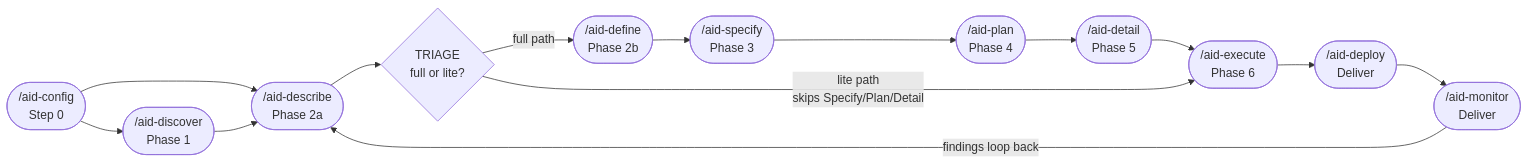
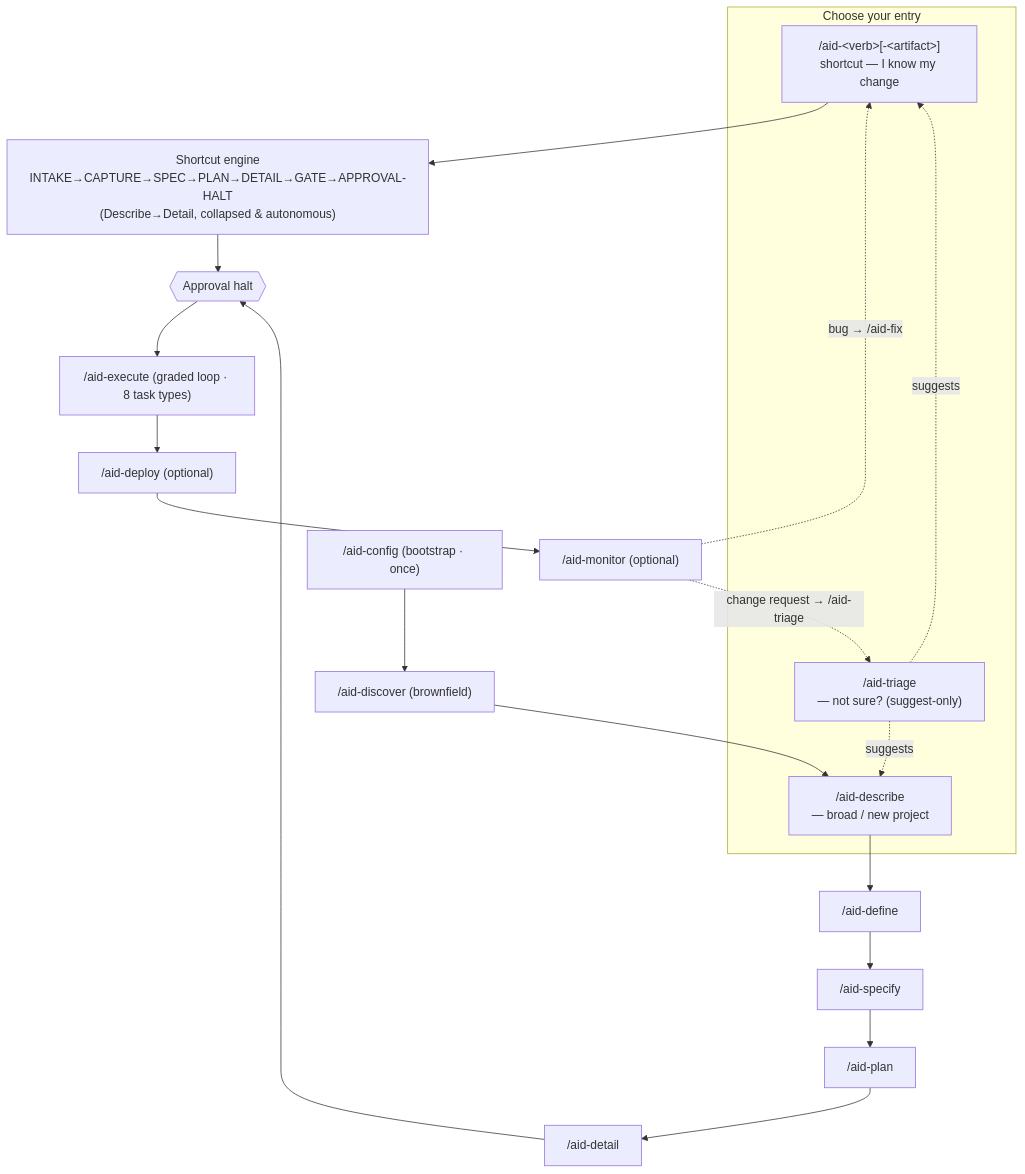
The diagram in site/src/content/docs/guides/pipeline.mdx (AndreVianna/aid-methodology), drawn with Mermaid before and after one commit. The commit also changed other lines of this file and 37 other files, not shown here.

````diff
--- a/site/src/content/docs/guides/pipeline.mdx
+++ b/site/src/content/docs/guides/pipeline.mdx
@@ -24,27 +24,24 @@
 ```mermaid
-flowchart LR
-    C(["/aid-config<br/>Step 0"])
-    D(["/aid-discover<br/>Phase 1"])
-    I(["/aid-describe<br/>Phase 2a"])
-    Def(["/aid-define<br/>Phase 2b"])
-    T{"TRIAGE<br/>full or lite?"}
-    S(["/aid-specify<br/>Phase 3"])
-    P(["/aid-plan<br/>Phase 4"])
-    DT(["/aid-detail<br/>Phase 5"])
-    E(["/aid-execute<br/>Phase 6"])
-    DP(["/aid-deploy<br/>Deliver"])
-    M(["/aid-monitor<br/>Deliver"])
+flowchart TD
+    subgraph Entry["Choose your entry"]
+        SC["/aid-&lt;verb&gt;[-&lt;artifact&gt;]<br/>shortcut — I know my change"]
+        TR["/aid-triage<br/>— not sure? (suggest-only)"]
+        DS["/aid-describe<br/>— broad / new project"]
+    end
+    TR -. suggests .-> SC
+    TR -. suggests .-> DS
 
-    C --> D
-    C --> I
-    D --> I
-    I --> T
-    T -- "full path" --> Def --> S
-    S --> P
-    P --> DT
-    DT --> E
-    T -- "lite path<br/>skips Specify/Plan/Detail" --> E
-    E --> DP
-    DP --> M
-    M -->|"findings loop back"| I
+    CFG["/aid-config (bootstrap · once)"] --> DISC["/aid-discover (brownfield)"]
+    DISC --> DS
+
+    SC --> ENG["Shortcut engine<br/>INTAKE→CAPTURE→SPEC→PLAN→DETAIL→GATE→APPROVAL-HALT<br/>(Describe→Detail, collapsed &amp; autonomous)"]
+    ENG --> HALT{{"Approval halt"}}
+
+    DS --> DEF["/aid-define"] --> SPC["/aid-specify"] --> PLN["/aid-plan"] --> DTL["/aid-detail"]
+    DTL --> HALT
+
+    HALT --> EXE["/aid-execute (graded loop · 8 task types)"]
+    EXE --> DEP["/aid-deploy (optional)"] --> MON["/aid-monitor (optional)"]
+    MON -. "bug → /aid-fix" .-> SC
+    MON -. "change request → /aid-triage" .-> TR
 ```
````
